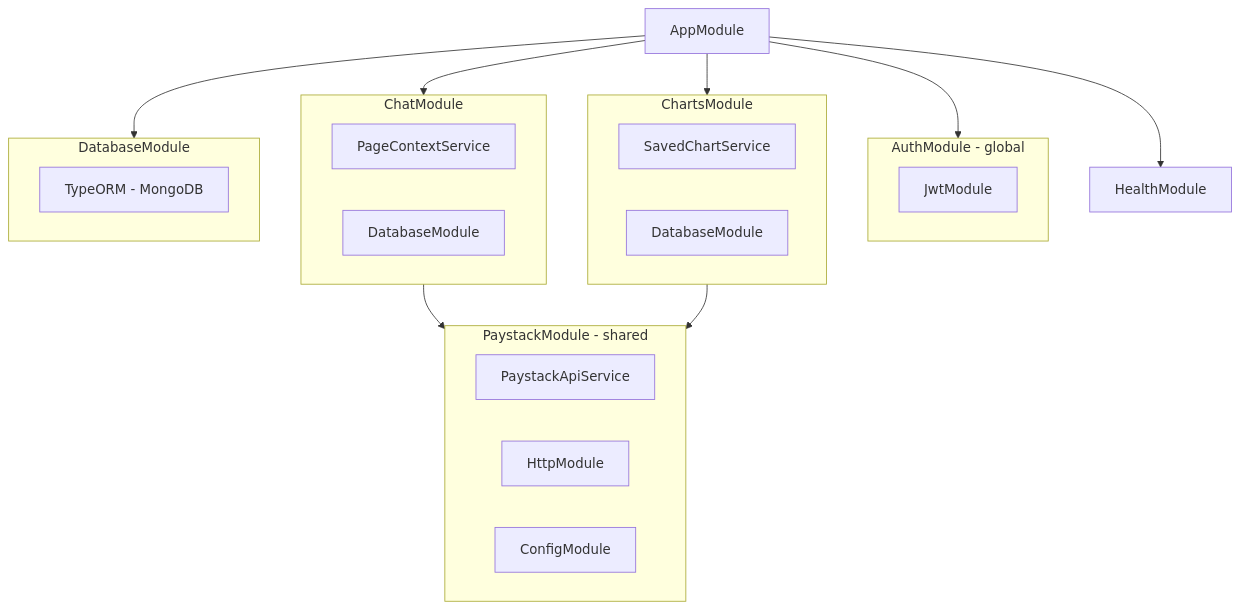
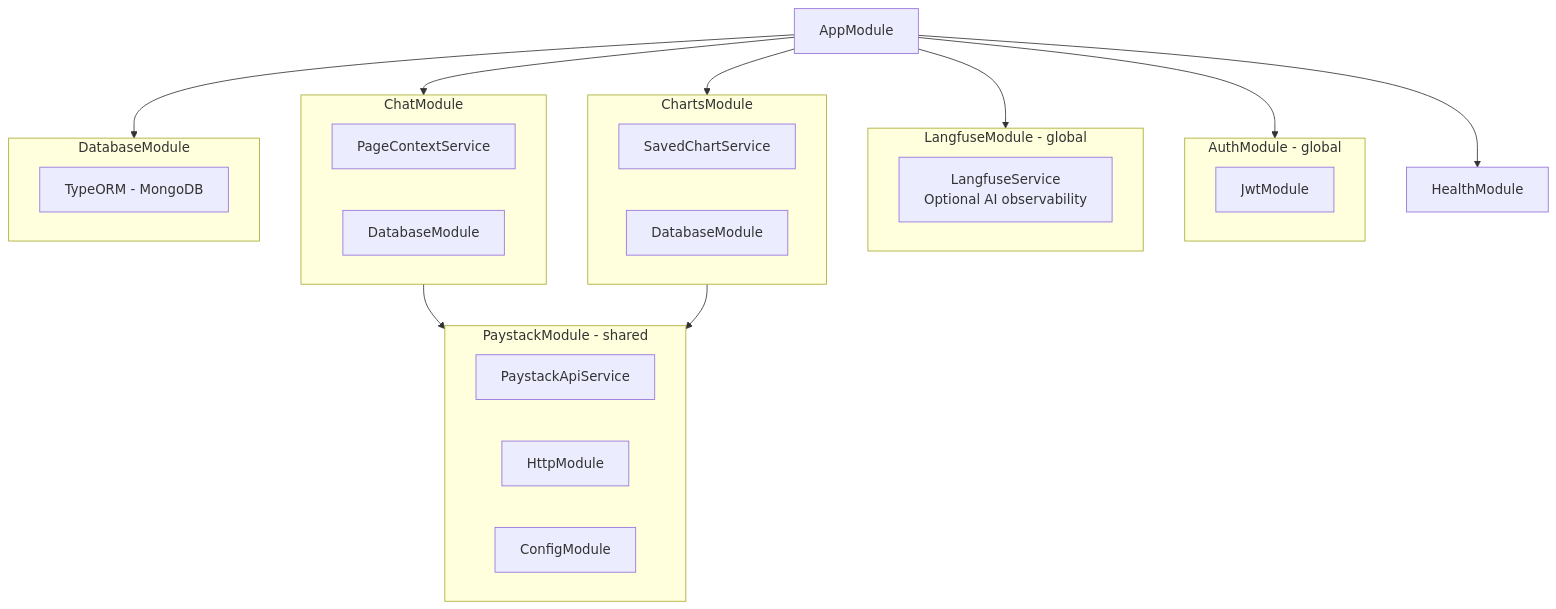
The second of 2 diagrams in docs/architecture.md (alex-paystack/command-centre-api), drawn with Mermaid before and after one commit. The commit also changed other lines of this file and 21 other files, not shown here.

````diff
--- a/docs/architecture.md
+++ b/docs/architecture.md
@@ -211,36 +256,41 @@
 ```mermaid
 flowchart TD
     AppModule --> AuthModule
+    AppModule --> LangfuseModule
     AppModule --> ChatModule
     AppModule --> ChartsModule
     AppModule --> HealthModule
     AppModule --> DatabaseModule
 
     subgraph AuthModule[AuthModule - global]
         JwtModule[JwtModule]
+    end
+
+    subgraph LangfuseModule[LangfuseModule - global]
+        LangfuseService[LangfuseService<br/>Optional AI observability]
     end
 
     subgraph ChatModule[ChatModule]
         PageContextService[PageContextService]
         ChatDB[DatabaseModule]
     end
 
     ChatModule --> PaystackModule
 
     subgraph ChartsModule[ChartsModule]
         SavedChartService[SavedChartService]
         ChartsDB[DatabaseModule]
     end
 
     ChartsModule --> PaystackModule
 
     subgraph PaystackModule[PaystackModule - shared]
         PaystackApiService[PaystackApiService]
         HttpModule[HttpModule]
         ConfigModule[ConfigModule]
     end
 
     subgraph DatabaseModule[DatabaseModule]
         TypeORM[TypeORM - MongoDB]
     end
 ```
````
